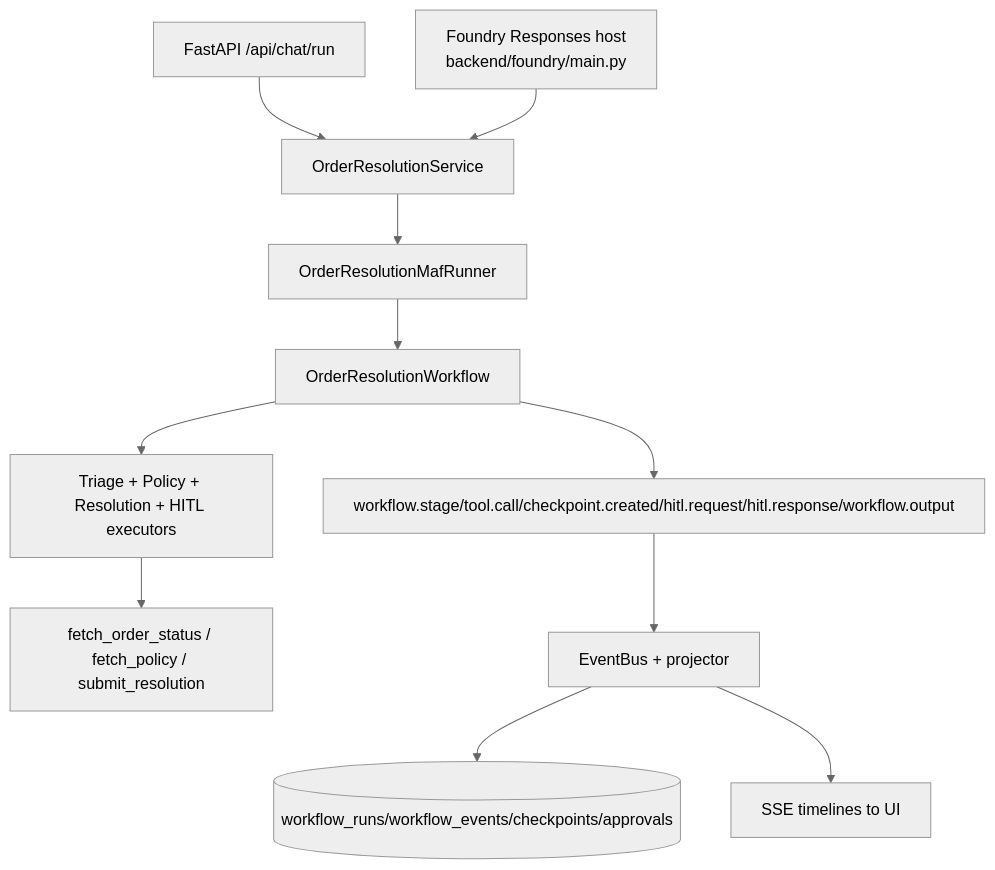
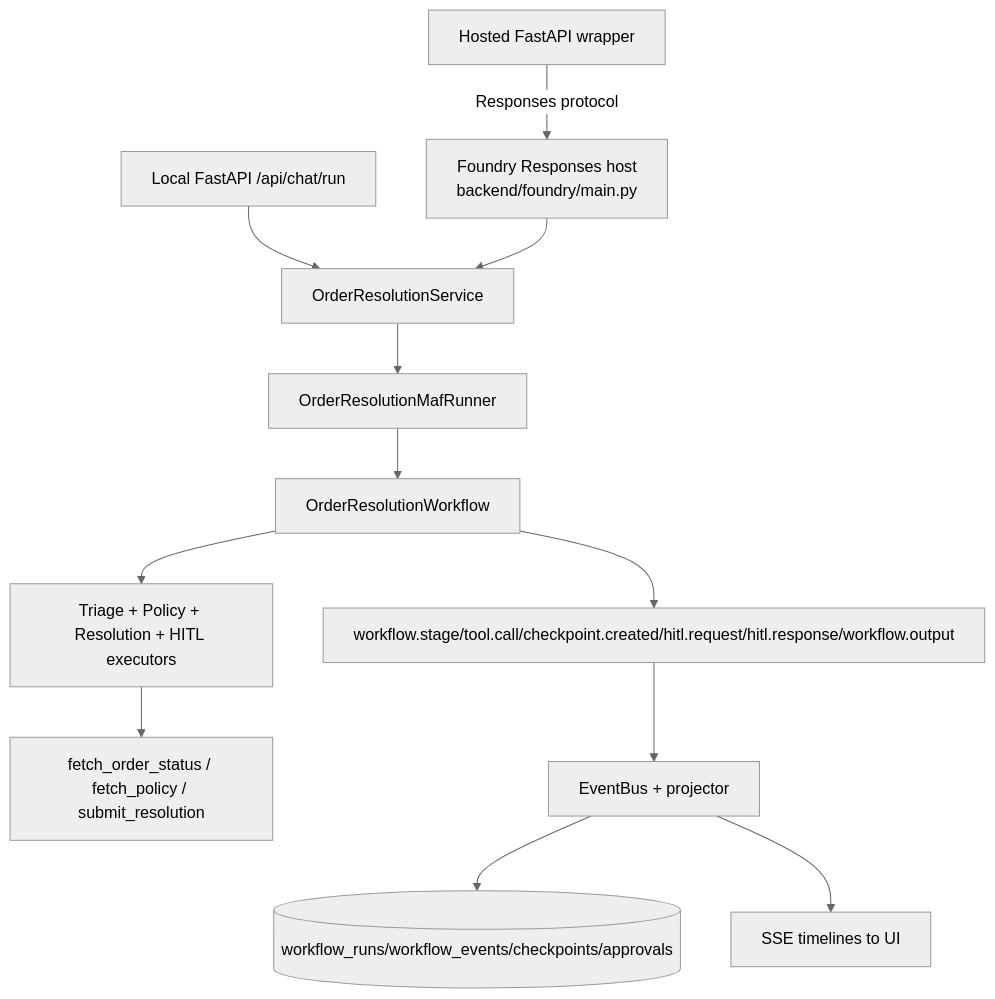
The second of 2 diagrams in docs/design/architecture.md (ppenumatsa1/maf-order-resolution-agent), drawn with Mermaid (neutral theme) before and after one commit. The commit also changed other lines of this file and 64 other files, not shown here.

````diff
--- a/docs/design/architecture.md
+++ b/docs/design/architecture.md
@@ -105,13 +125,14 @@
 ```mermaid
 flowchart TD
-    A[FastAPI /api/chat/run] --> SVC[OrderResolutionService]
+    A[Local FastAPI /api/chat/run] --> SVC[OrderResolutionService]
     B[Foundry Responses host\nbackend/foundry/main.py] --> SVC
+    C[Hosted FastAPI wrapper] -->|Responses protocol| B
     SVC --> RUN[OrderResolutionMafRunner]
     RUN --> WF[OrderResolutionWorkflow]
     WF --> EX[Triage + Policy + Resolution + HITL executors]
     EX --> TOOLS[fetch_order_status / fetch_policy / submit_resolution]
     WF --> EVT[workflow.stage/tool.call/checkpoint.created/hitl.request/hitl.response/workflow.output]
     EVT --> BUS[EventBus + projector]
     BUS --> DB[(workflow_runs/workflow_events/checkpoints/approvals)]
     BUS --> SSE[SSE timelines to UI]
 ```
````
